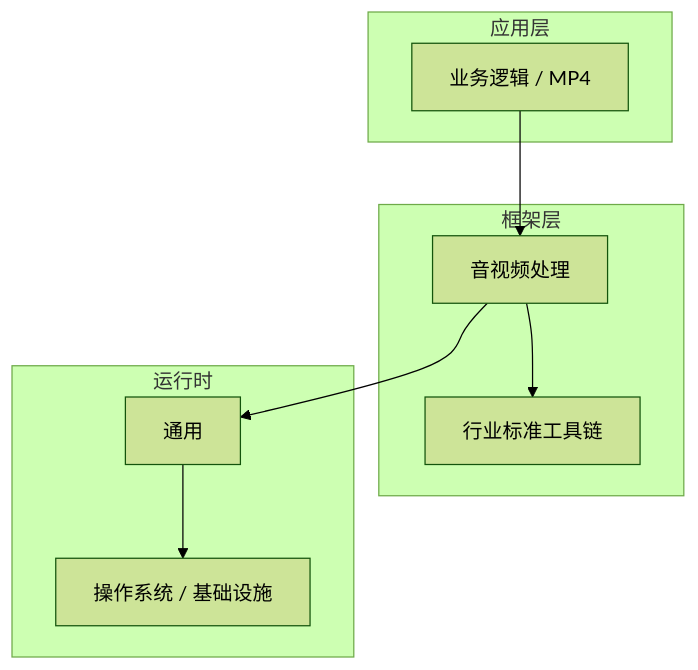
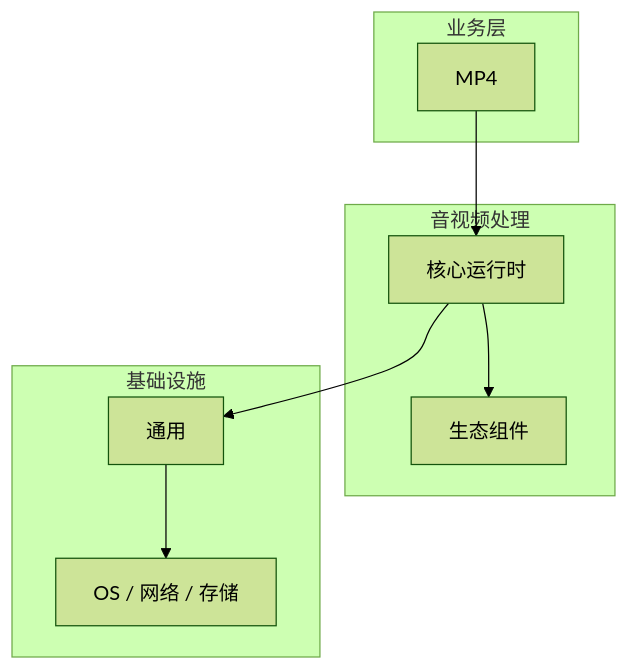
One commit to yanggan2015/knowledge-json-v2 changed the diagram in articles/音视频处理/chapters/036-MP4核心概念与原理.md. Above: the diagram before and after it, drawn with Mermaid (forest theme). The commit also changed other lines of this file and 10127 other files, not shown here.

````diff
--- a/articles/音视频处理/chapters/036-MP4核心概念与原理.md
+++ b/articles/音视频处理/chapters/036-MP4核心概念与原理.md
@@ -45,18 +30,18 @@
 ```mermaid
 graph TB
-    subgraph 应用层
-        A[业务逻辑 / MP4]
+    subgraph 业务层
+        A[MP4]
     end
-    subgraph 框架层
-        B[音视频处理]
-        C[行业标准工具链]
+    subgraph 音视频处理
+        B[核心运行时]
+        C[生态组件]
     end
-    subgraph 运行时
+    subgraph 基础设施
         D[通用]
-        E[操作系统 / 基础设施]
+        E[OS / 网络 / 存储]
     end
     A --> B
     B --> C
     B --> D
     D --> E
 ```
````
